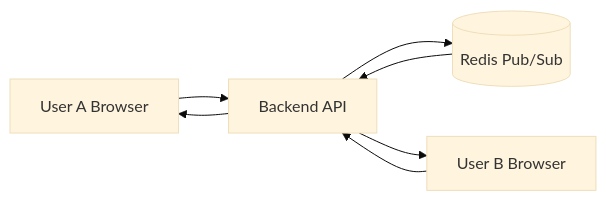
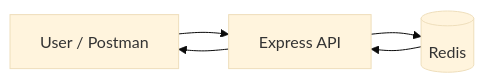
The second of 3 diagrams in redis/site-banner/README.md (abhiav-spec/potgress-practice), drawn with Mermaid (base theme) before and after one commit. The commit also changed other lines of this file, not shown here.

````diff
--- a/redis/site-banner/README.md
+++ b/redis/site-banner/README.md
@@ -153,9 +89,7 @@
 ```mermaid
 flowchart LR
-    Browser1[User A Browser] --> API[Backend API]
-    Browser2[User B Browser] --> API
-    API --> Redis[(Redis Pub/Sub)]
+    User[User / Postman] --> API[Express API]
+    API --> Redis[(Redis)]
     Redis --> API
-    API --> Browser1
-    API --> Browser2
+    API --> User
 ```
````
